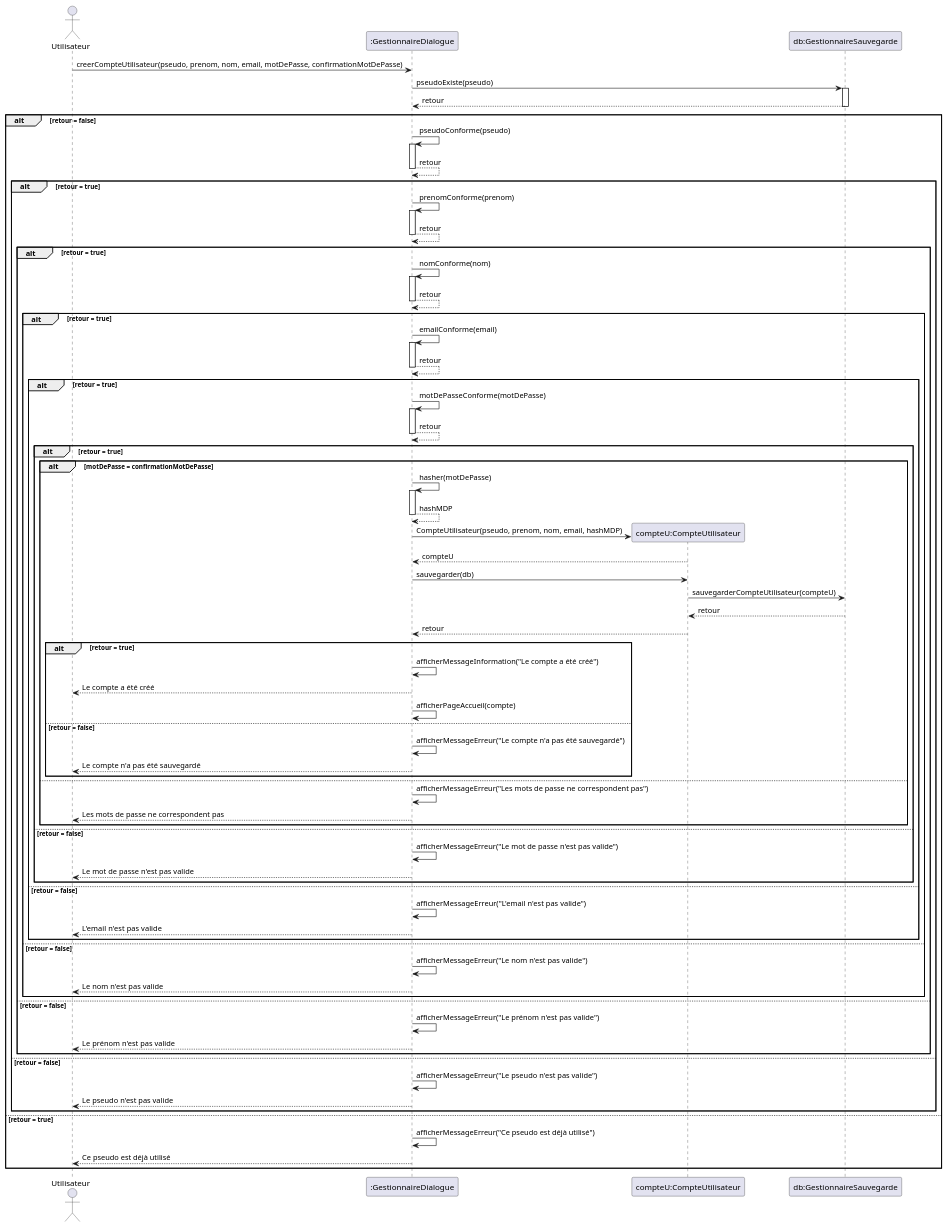
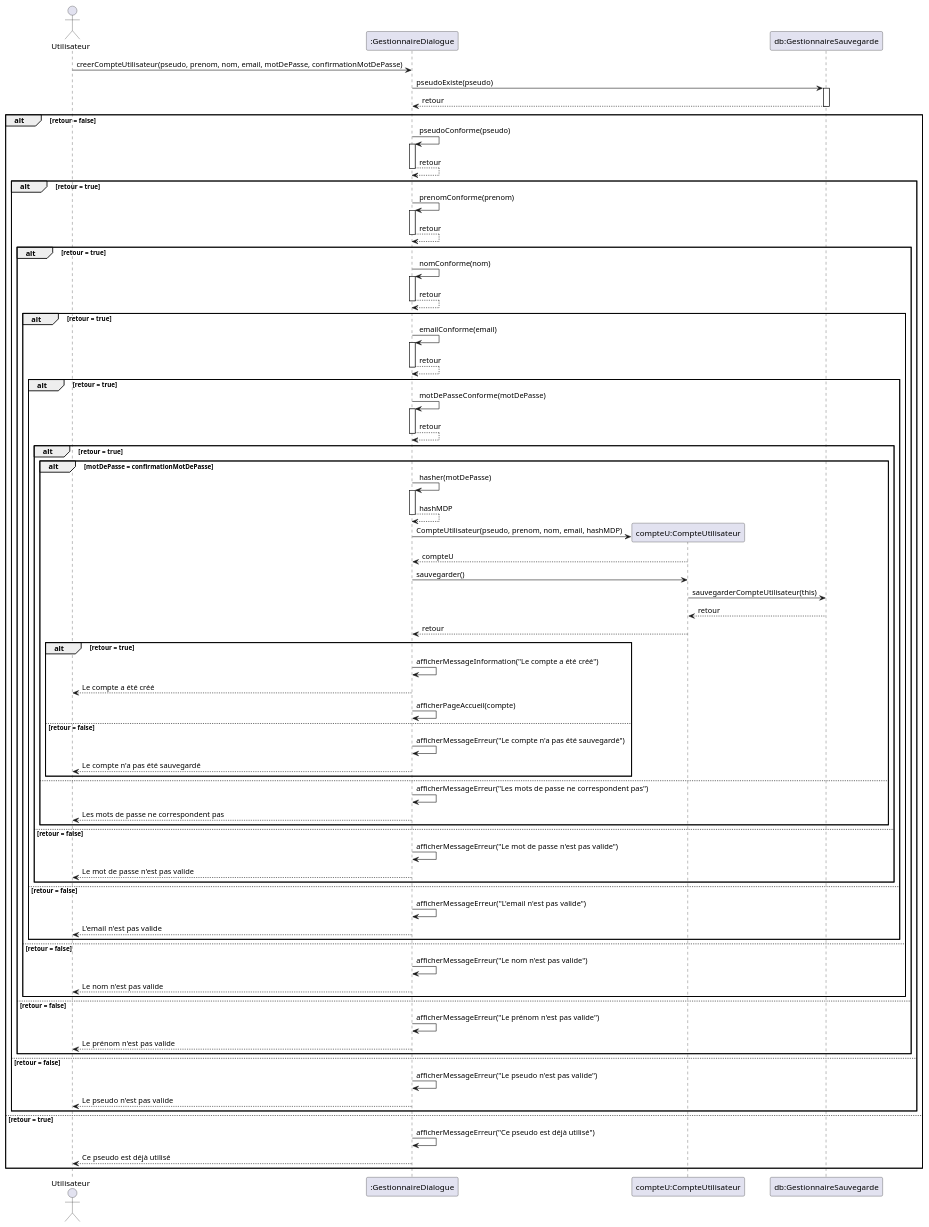
Before and after one commit to lmtb06/sharecount: the diagram in diagrammes/conception/creer-compte-utilisateur.puml, drawn with PlantUML. The commit also changed 10 other files, not shown here.

Commit message:
-Modification des diagrammes de séquences -Mise à jour du diagramme de classe -Ajout de ComptePersonnel

```diff
--- a/diagrammes/conception/creer-compte-utilisateur.puml
+++ b/diagrammes/conception/creer-compte-utilisateur.puml
@@ -1,76 +1,76 @@
 @startuml Creer un compte utilisateur
 actor "Utilisateur" as us
 participant ":GestionnaireDialogue" as gd
 participant "compteU:CompteUtilisateur" as cu
 participant "db:GestionnaireSauvegarde" as gs
 
 us 	-> 	gd : creerCompteUtilisateur(pseudo, prenom, nom, email, motDePasse, confirmationMotDePasse)
 ' verification du pseudo
 gd 	-> gs ++: pseudoExiste(pseudo)
 gs 	--> gd --: retour
 alt retour = false
 gd 	-> 	gd ++: pseudoConforme(pseudo)
 gd 	--> 	gd --: retour
 alt retour = true
 ' verification du prénom
 gd 	-> 	gd ++: prenomConforme(prenom)
 gd 	--> 	gd --: retour
 alt retour = true
 ' verification du nom
 gd 	-> 	gd ++: nomConforme(nom)
 gd 	--> 	gd --: retour
 alt retour = true
 ' verification de l'email
 gd 	-> 	gd ++: emailConforme(email)
 gd 	--> 	gd --: retour
 alt retour = true
 ' verification du mot de passe
 gd 	-> 	gd ++: motDePasseConforme(motDePasse)
 gd 	--> 	gd --: retour
 alt retour = true
 alt motDePasse = confirmationMotDePasse
 gd 	-> gd ++: hasher(motDePasse)
 gd 	--> gd --: hashMDP
 gd 	-> cu **: CompteUtilisateur(pseudo, prenom, nom, email, hashMDP)
 cu 	--> gd --: compteU
-gd 	-> cu : sauvegarder(db)
-cu 	-> gs : sauvegarderCompteUtilisateur(compteU)
+gd 	-> cu : sauvegarder()
+cu 	-> gs : sauvegarderCompteUtilisateur(this)
 gs 	--> cu : retour
 cu 	--> gd : retour
 alt retour = true
 gd 	-> 	gd : afficherMessageInformation("Le compte a été créé")
 gd 	--> 	us : Le compte a été créé
 gd -> gd : afficherPageAccueil(compte)
 else retour = false
 gd 	-> 	gd : afficherMessageErreur("Le compte n'a pas été sauvegardé")
 gd 	--> 	us : Le compte n'a pas été sauvegardé
 end
 else
 gd 	-> 	gd : afficherMessageErreur("Les mots de passe ne correspondent pas")
 gd 	--> 	us : Les mots de passe ne correspondent pas
 end
 else retour = false
 gd 	-> 	gd : afficherMessageErreur("Le mot de passe n'est pas valide")
 gd 	--> 	us : Le mot de passe n'est pas valide
 end
 else retour = false
 gd 	-> 	gd : afficherMessageErreur("L'email n'est pas valide")
 gd 	--> 	us : L'email n'est pas valide
 end
 else retour = false
 gd 	-> 	gd : afficherMessageErreur("Le nom n'est pas valide")
 gd 	--> 	us : Le nom n'est pas valide
 end
 else retour = false
 gd 	-> 	gd : afficherMessageErreur("Le prénom n'est pas valide")
 gd 	--> 	us : Le prénom n'est pas valide
 end
 else retour = false
 gd 	-> 	gd : afficherMessageErreur("Le pseudo n'est pas valide")
 gd 	--> 	us : Le pseudo n'est pas valide
 end
 else retour = true
 gd 	-> 	gd : afficherMessageErreur("Ce pseudo est déjà utilisé")
 gd 	--> 	us : Ce pseudo est déjà utilisé
 end
 @enduml
```
